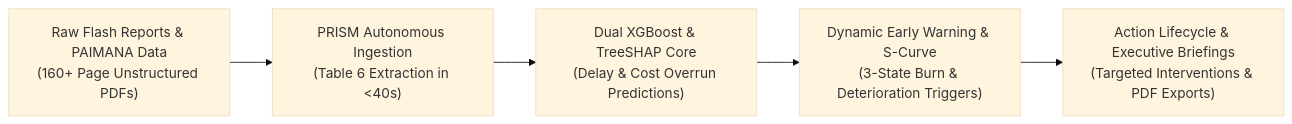
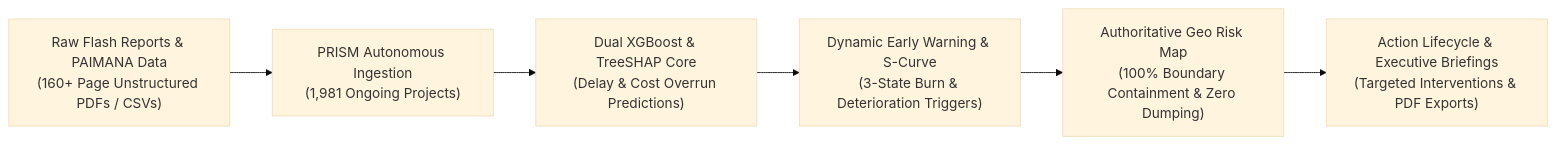
The first of 3 diagrams in README.md (vedant1506/SIH-26), drawn with Mermaid (base theme) before and after one commit. The commit also changed other lines of this file and 33 other files, not shown here.

Commit message:
feat(geo-risk-map): authoritative rebuild for all 1,981 projects, eliminate CSMT clustering, and update README & ARCHITECTURE specs

````diff
--- a/README.md
+++ b/README.md
@@ -30,7 +30,8 @@
 ```mermaid
 flowchart LR
-    A["Raw Flash Reports & PAIMANA Data\n(160+ Page Unstructured PDFs)"] --> B["PRISM Autonomous Ingestion\n(Table 6 Extraction in <40s)"]
+    A["Raw Flash Reports & PAIMANA Data\n(160+ Page Unstructured PDFs / CSVs)"] --> B["PRISM Autonomous Ingestion\n(1,981 Ongoing Projects)"]
     B --> C["Dual XGBoost & TreeSHAP Core\n(Delay & Cost Overrun Predictions)"]
     C --> D["Dynamic Early Warning & S-Curve\n(3-State Burn & Deterioration Triggers)"]
-    D --> E["Action Lifecycle & Executive Briefings\n(Targeted Interventions & PDF Exports)"]
+    D --> E["Authoritative Geo Risk Map\n(100% Boundary Containment & Zero Dumping)"]
+    E --> F["Action Lifecycle & Executive Briefings\n(Targeted Interventions & PDF Exports)"]
 ```
````
